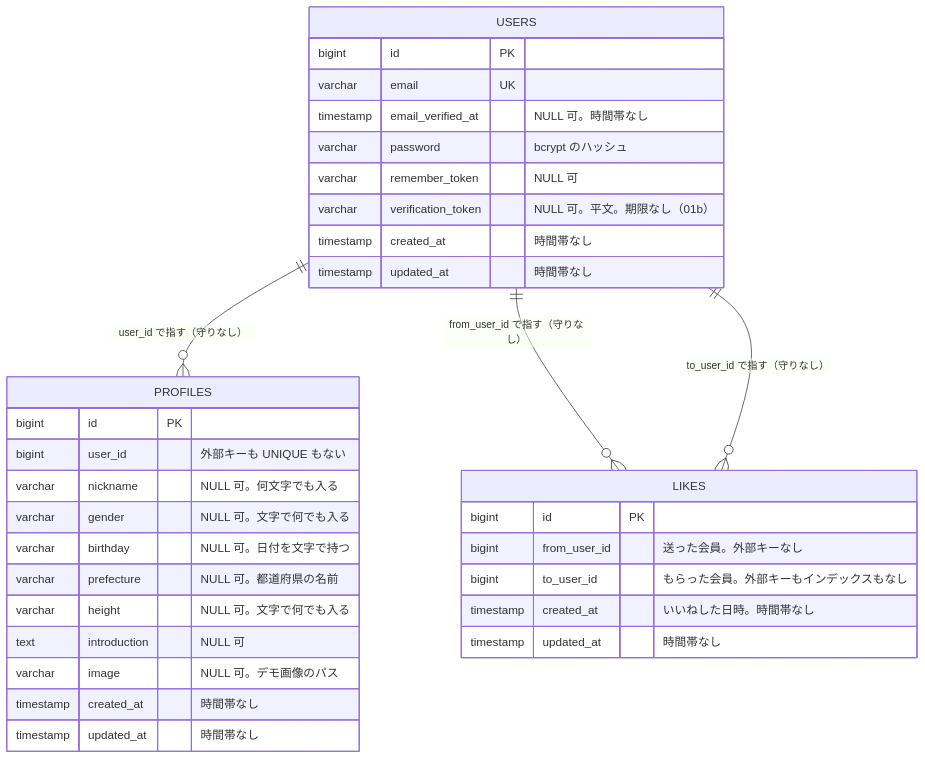
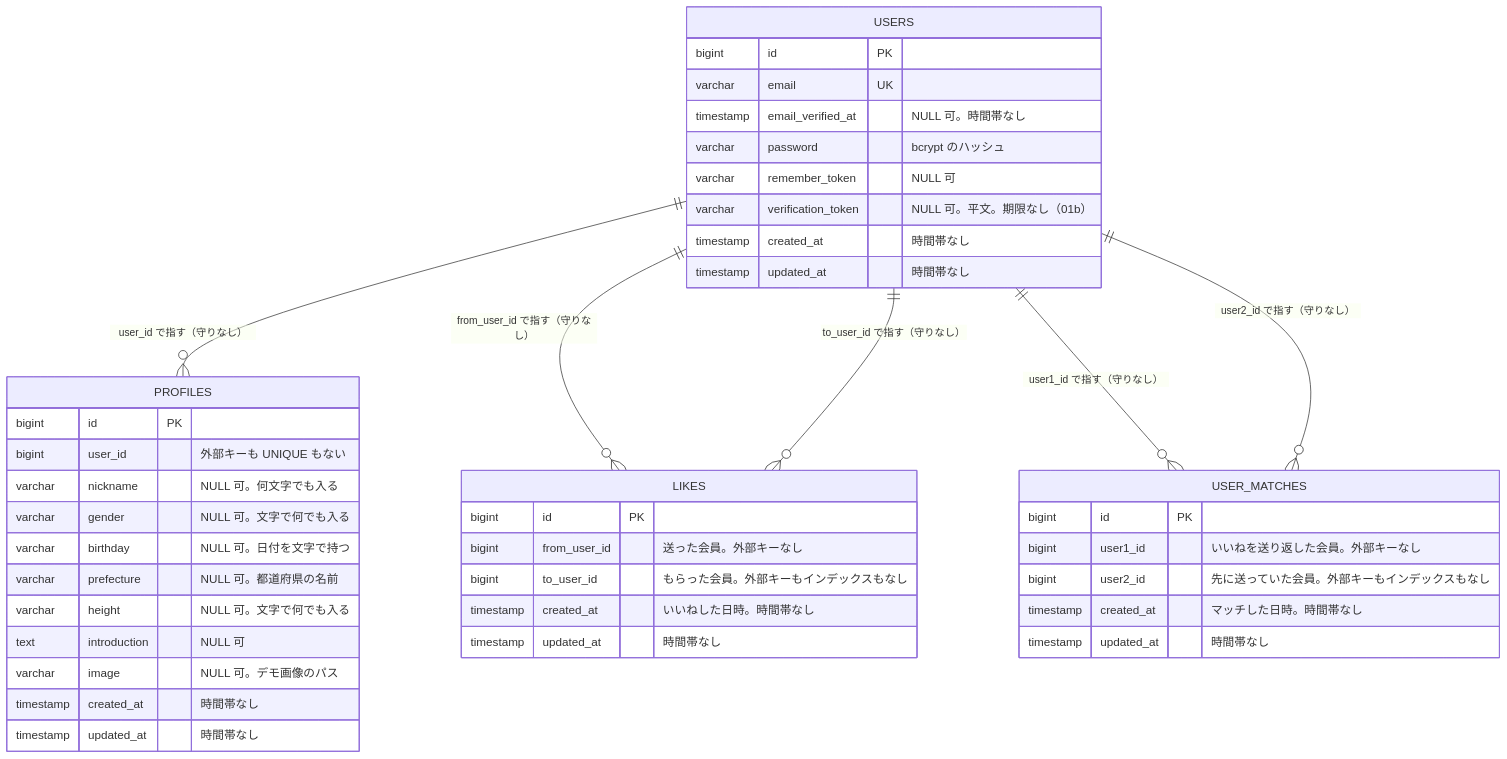
One commit to masa-devx/matching-db-study changed the diagram in docs/data-model.md. Above: the diagram before and after it, drawn with Mermaid. The commit also changed other lines of this file, not shown here.

Commit message:
データモデルに 03 マッチの user_matches を足す（#30）
レガシー版は主キーだけ（組の UNIQUE・CHECK・外部キー・インデックスなし）。改善版の予定も書いた

````diff
--- a/docs/data-model.md
+++ b/docs/data-model.md
@@ -15,36 +15,45 @@
 ```mermaid
 erDiagram
   USERS ||--o{ PROFILES : "user_id で指す（守りなし）"
   USERS ||--o{ LIKES : "from_user_id で指す（守りなし）"
   USERS ||--o{ LIKES : "to_user_id で指す（守りなし）"
+  USERS ||--o{ USER_MATCHES : "user1_id で指す（守りなし）"
+  USERS ||--o{ USER_MATCHES : "user2_id で指す（守りなし）"
   USERS {
     bigint id PK
     varchar email UK
     timestamp email_verified_at "NULL 可。時間帯なし"
     varchar password "bcrypt のハッシュ"
     varchar remember_token "NULL 可"
     varchar verification_token "NULL 可。平文。期限なし（01b）"
     timestamp created_at "時間帯なし"
     timestamp updated_at "時間帯なし"
   }
   PROFILES {
     bigint id PK
     bigint user_id "外部キーも UNIQUE もない"
     varchar nickname "NULL 可。何文字でも入る"
     varchar gender "NULL 可。文字で何でも入る"
     varchar birthday "NULL 可。日付を文字で持つ"
     varchar prefecture "NULL 可。都道府県の名前"
     varchar height "NULL 可。文字で何でも入る"
     text introduction "NULL 可"
     varchar image "NULL 可。デモ画像のパス"
     timestamp created_at "時間帯なし"
     timestamp updated_at "時間帯なし"
   }
   LIKES {
     bigint id PK
     bigint from_user_id "送った会員。外部キーなし"
     bigint to_user_id "もらった会員。外部キーもインデックスもなし"
     timestamp created_at "いいねした日時。時間帯なし"
     timestamp updated_at "時間帯なし"
   }
+  USER_MATCHES {
+    bigint id PK
+    bigint user1_id "いいねを送り返した会員。外部キーなし"
+    bigint user2_id "先に送っていた会員。外部キーもインデックスもなし"
+    timestamp created_at "マッチした日時。時間帯なし"
+    timestamp updated_at "時間帯なし"
+  }
 ```
````
